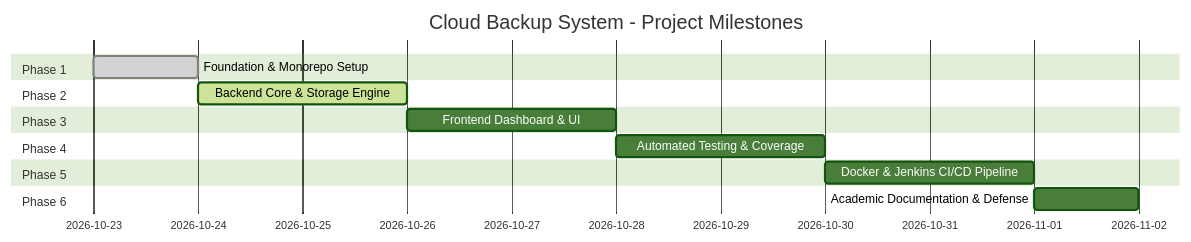
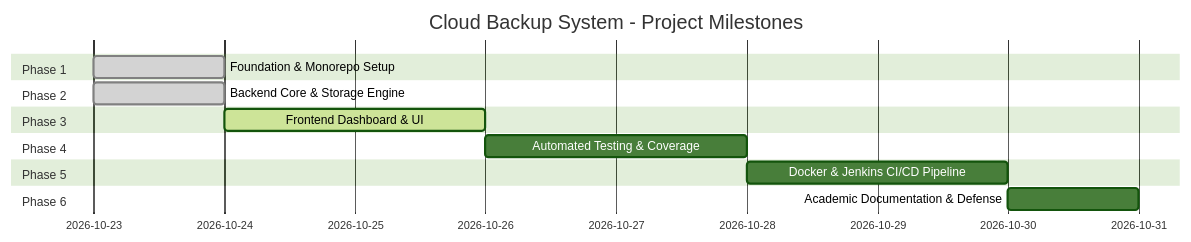
The diagram in docs/phase_plan.md (LakshayYadav167/Cloud-backup-system), drawn with Mermaid (forest theme) before and after one commit. The commit also changed other lines of this file and 31 other files, not shown here.

Commit message:
feat(phase-2): implement versioned backend storage engine, SQLite persistence, and REST APIs

````diff
--- a/docs/phase_plan.md
+++ b/docs/phase_plan.md
@@ -9,17 +9,17 @@
 ```mermaid
 gantt
     title Cloud Backup System - Project Milestones
     dateFormat  YYYY-MM-DD
     section Phase 1
     Foundation & Monorepo Setup    :done, p1, 2026-10-23, 1d
     section Phase 2
-    Backend Core & Storage Engine   :active, p2, after p1, 2d
+    Backend Core & Storage Engine   :done, p2, 2026-10-23, 1d
     section Phase 3
-    Frontend Dashboard & UI         :p3, after p2, 2d
+    Frontend Dashboard & UI         :active, p3, after p2, 2d
     section Phase 4
     Automated Testing & Coverage    :p4, after p3, 2d
     section Phase 5
     Docker & Jenkins CI/CD Pipeline :p5, after p4, 2d
     section Phase 6
     Academic Documentation & Defense:p6, after p5, 1d
 ```
````
